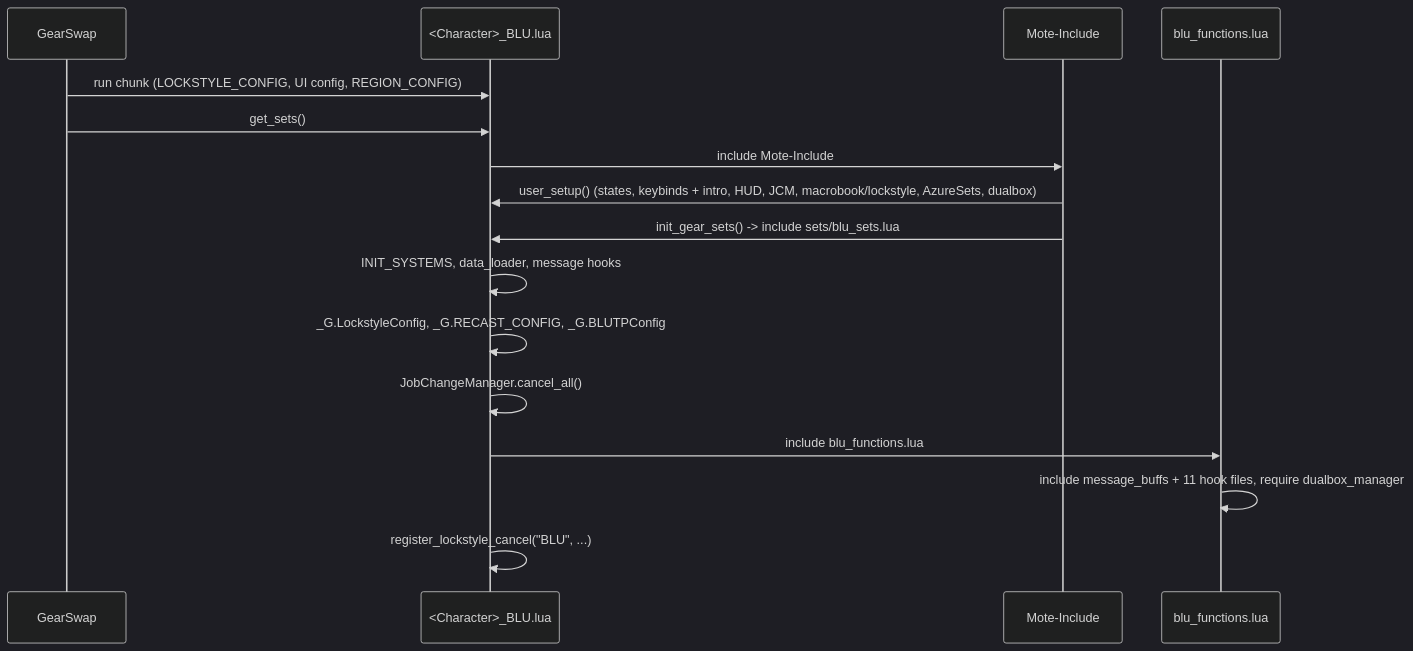
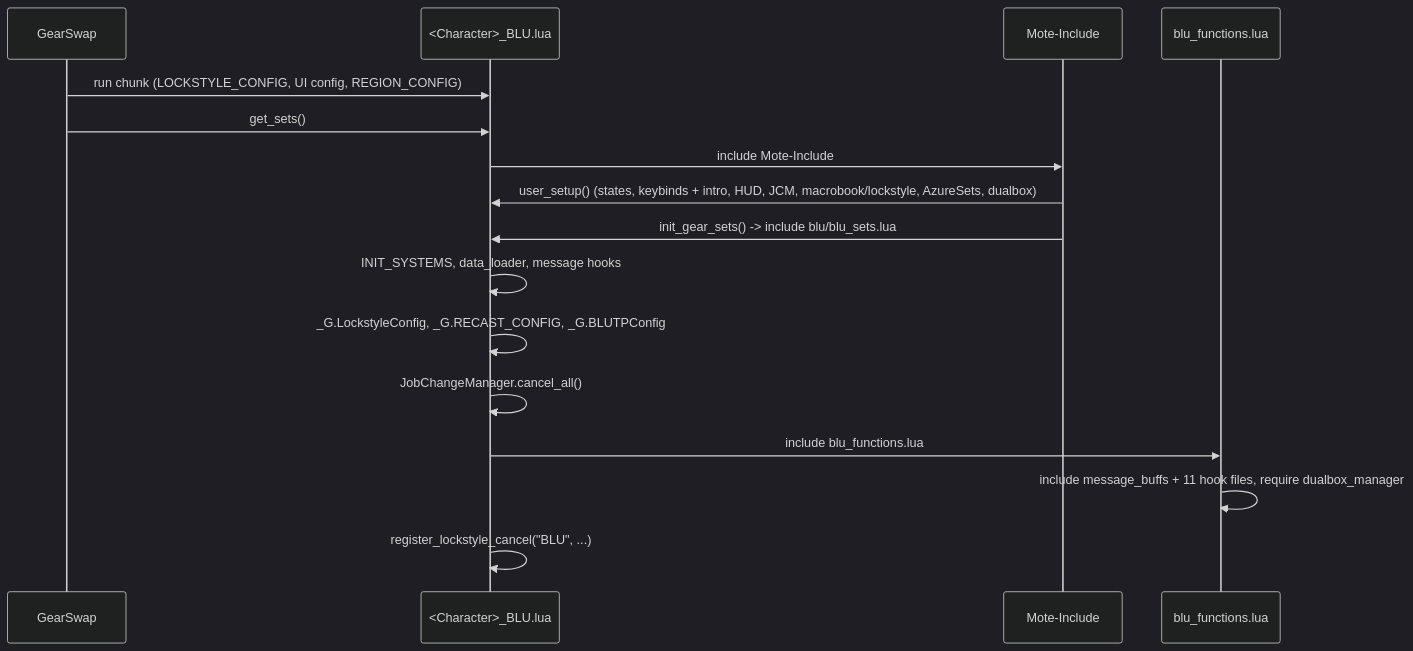
The first of 2 diagrams in docs/dev/jobs/blu.md (ejouanchicot/Gearswap), drawn with Mermaid (dark theme) before and after one commit. The commit also changed other lines of this file and 248 other files, not shown here.

````diff
--- a/docs/dev/jobs/blu.md
+++ b/docs/dev/jobs/blu.md
@@ -88,18 +88,18 @@
 ```mermaid
 sequenceDiagram
     participant GS as GearSwap
     participant E as <Character>_BLU.lua
     participant M as Mote-Include
     participant F as blu_functions.lua
     GS->>E: run chunk (LOCKSTYLE_CONFIG, UI config, REGION_CONFIG)
     GS->>E: get_sets()
     E->>M: include Mote-Include
     M->>E: user_setup() (states, keybinds + intro, HUD, JCM, macrobook/lockstyle, AzureSets, dualbox)
-    M->>E: init_gear_sets() -> include sets/blu_sets.lua
+    M->>E: init_gear_sets() -> include blu/blu_sets.lua
     E->>E: INIT_SYSTEMS, data_loader, message hooks
     E->>E: _G.LockstyleConfig, _G.RECAST_CONFIG, _G.BLUTPConfig
     E->>E: JobChangeManager.cancel_all()
     E->>F: include blu_functions.lua
     F->>F: include message_buffs + 11 hook files, require dualbox_manager
     E->>E: register_lockstyle_cancel("BLU", ...)
 ```
````
